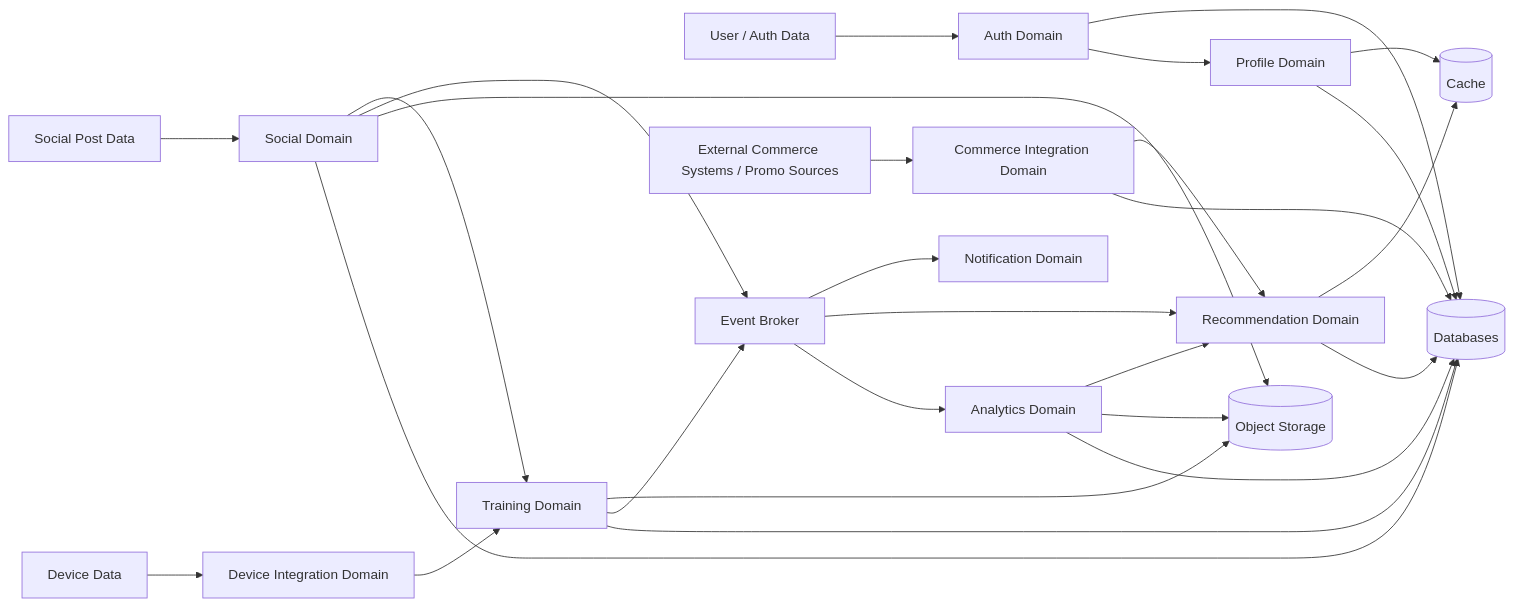
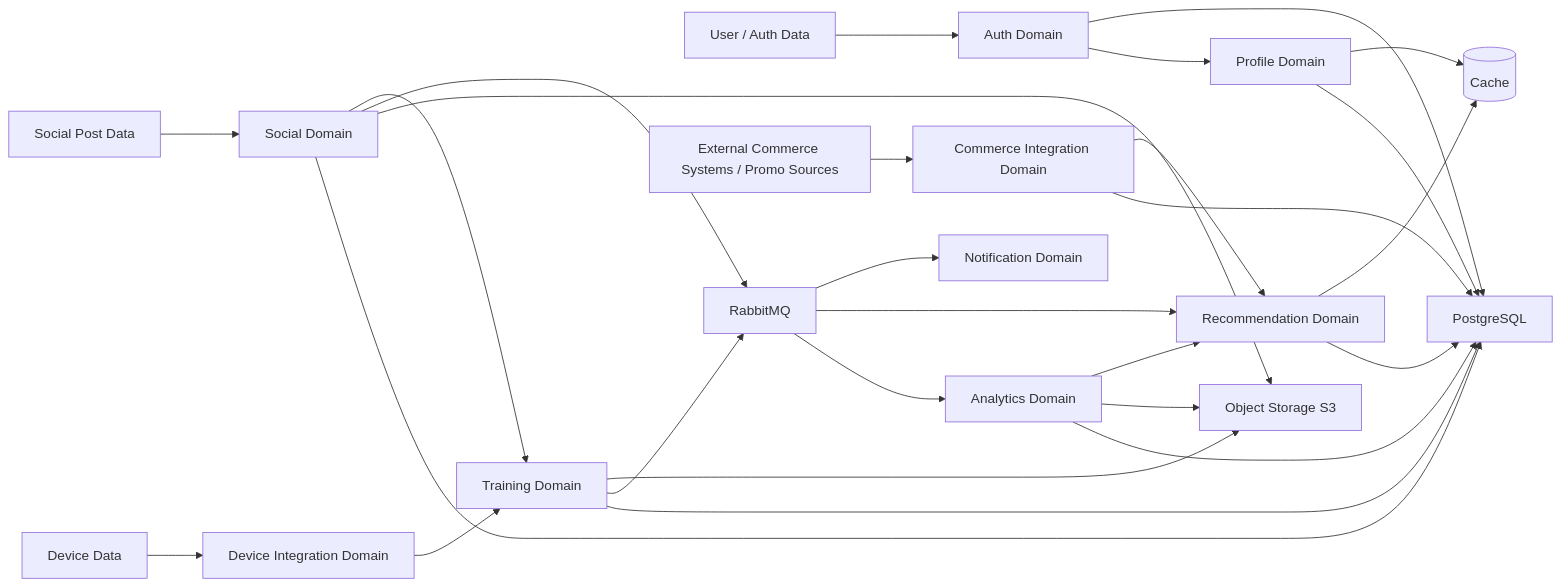
The third of 7 diagrams in 03-architecture/architecture-views.md (HiddenFox29/Athletica), drawn with Mermaid before and after one commit. The commit also changed other lines of this file and 5 other files, not shown here.

````diff
--- a/03-architecture/architecture-views.md
+++ b/03-architecture/architecture-views.md
@@ -163,36 +165,36 @@
 ```mermaid
 flowchart LR
     UserData[User / Auth Data] --> Auth[Auth Domain]
     Auth --> Profile[Profile Domain]
-    Auth --> DB[(Databases)]
-    Profile --> DB
+    Auth --> PostgreSQL[PostgreSQL]
+    Profile --> PostgreSQL
 
     DeviceData[Device Data] --> DeviceIntegration[Device Integration Domain]
     DeviceIntegration --> Training[Training Domain]
-    Training --> DB
+    Training --> PostgreSQL
 
     SocialPost[Social Post Data] --> Social[Social Domain]
-    Social --> DB
-    Social --> ObjectStorage[(Object Storage)]
-    Social --> EventBroker[Event Broker]
+    Social --> PostgreSQL
+    Social --> ObjectStorage[Object Storage S3]
+    Social --> RabbitMQ[RabbitMQ]
     Social --> Training
 
-    Training --> EventBroker
+    Training --> RabbitMQ
     Training --> ObjectStorage
 
-    EventBroker --> Analytics[Analytics Domain]
-    EventBroker --> Recommendation[Recommendation Domain]
-    EventBroker --> Notification[Notification Domain]
+    RabbitMQ --> Analytics[Analytics Domain]
+    RabbitMQ --> Recommendation[Recommendation Domain]
+    RabbitMQ --> Notification[Notification Domain]
 
-    Analytics --> DB
+    Analytics --> PostgreSQL
     Analytics --> ObjectStorage
     Analytics --> Recommendation
 
     ExternalCommerce[External Commerce Systems / Promo Sources] --> Commerce[Commerce Integration Domain]
-    Commerce --> DB
+    Commerce --> PostgreSQL
     Commerce --> Recommendation
 
-    Recommendation --> DB
+    Recommendation --> PostgreSQL
     Recommendation --> Cache[(Cache)]
     Profile --> Cache
 ```
````
